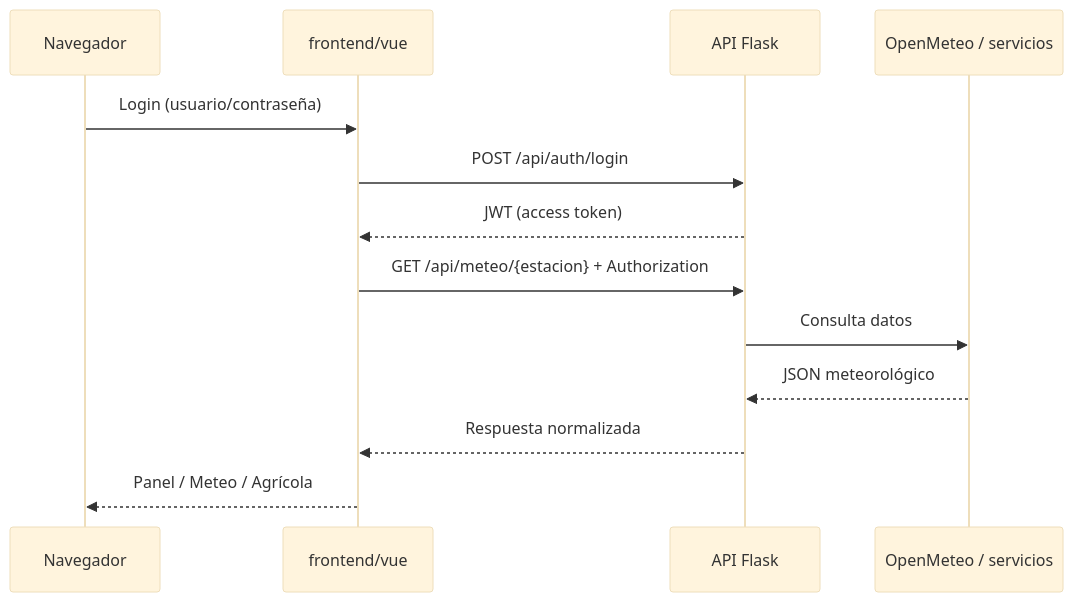
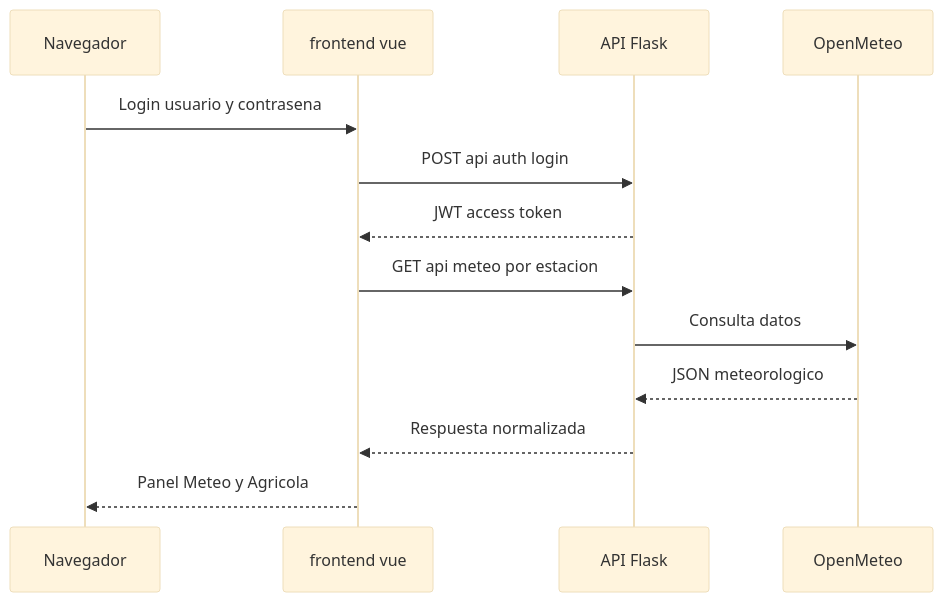
The second of 4 diagrams in README.md (miguellucero123/METGO_3D_Quillota_60GB), drawn with Mermaid (base theme) before and after one commit. The commit also changed other lines of this file, not shown here.

Commit message:
fix(docs): diagramas Mermaid compatibles con GitHub

````diff
--- a/README.md
+++ b/README.md
@@ -105,16 +105,16 @@
 ```mermaid
 sequenceDiagram
   participant B as Navegador
-  participant V as frontend/vue
+  participant V as frontend vue
   participant A as API Flask
-  participant D as OpenMeteo / servicios
+  participant D as OpenMeteo
 
-  B->>V: Login (usuario/contraseña)
-  V->>A: POST /api/auth/login
-  A-->>V: JWT (access token)
-  V->>A: GET /api/meteo/{estacion} + Authorization
+  B->>V: Login usuario y contrasena
+  V->>A: POST api auth login
+  A-->>V: JWT access token
+  V->>A: GET api meteo por estacion
   A->>D: Consulta datos
-  D-->>A: JSON meteorológico
+  D-->>A: JSON meteorologico
   A-->>V: Respuesta normalizada
-  V-->>B: Panel / Meteo / Agrícola
+  V-->>B: Panel Meteo y Agricola
 ```
````
